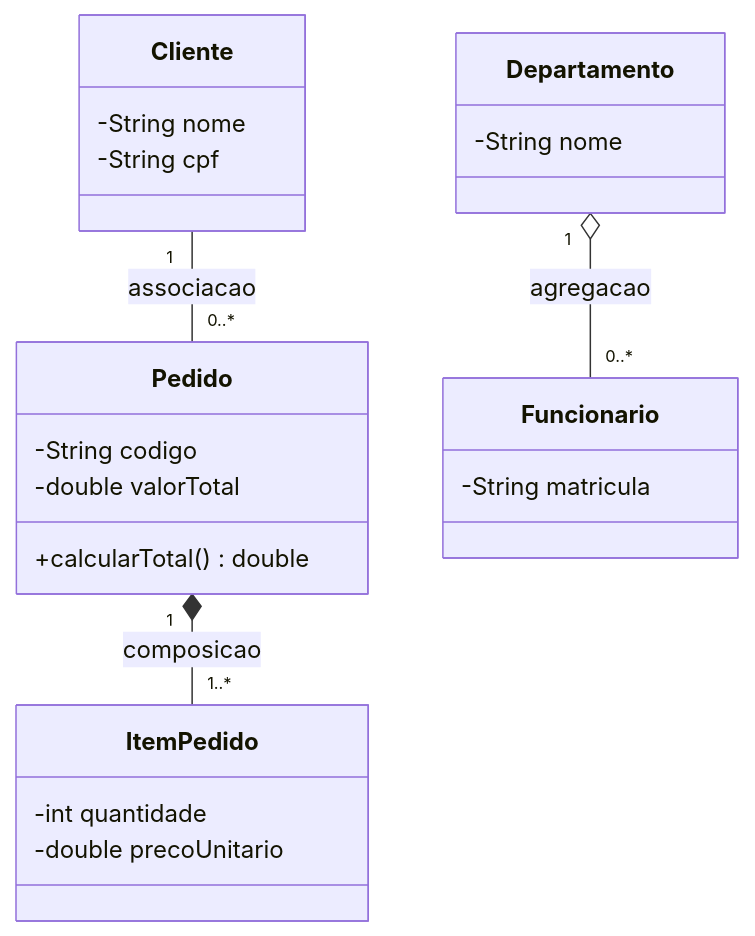
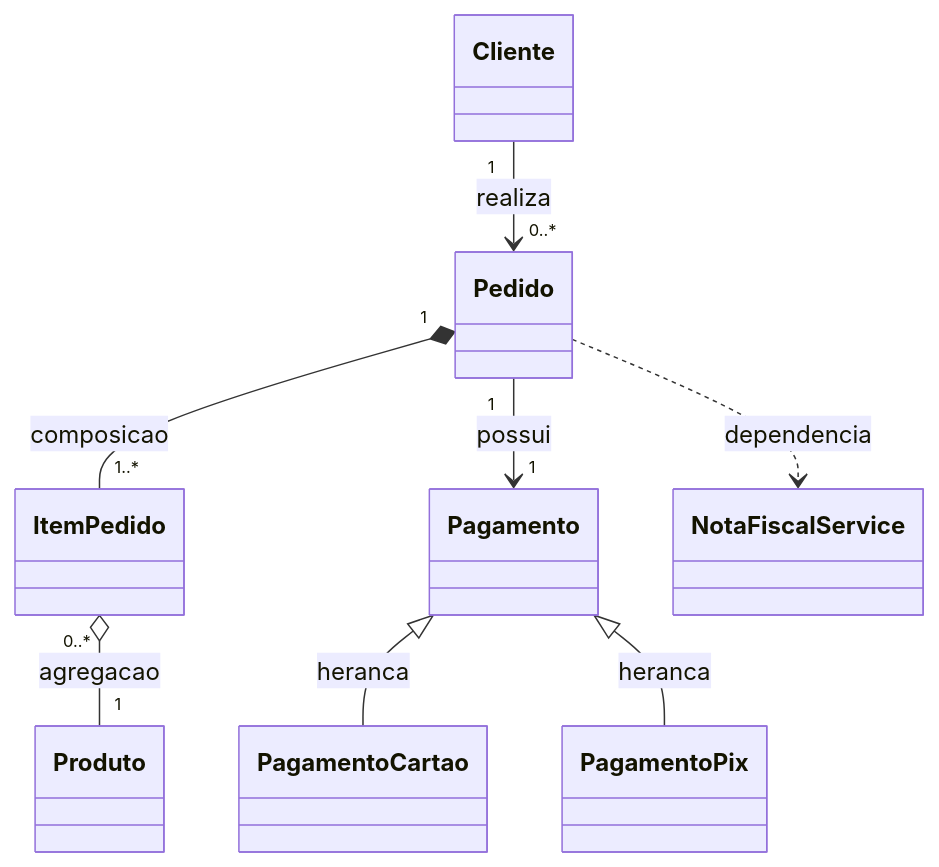
One commit to murilolol/unifef changed diagram 12 of 24 in 4º Semestre/[Prof. Wesley Soares] Engenharia de Software II/Resumos-IA/Simulados-Comentados.md. Above: the diagram before and after it, drawn with Mermaid. The commit also changed other lines of this file and 58 other files, not shown here.

````diff
--- a/4º Semestre/[Prof. Wesley Soares] Engenharia de Software II/Resumos-IA/Simulados-Comentados.md
+++ b/4º Semestre/[Prof. Wesley Soares] Engenharia de Software II/Resumos-IA/Simulados-Comentados.md
@@ -806,26 +465,19 @@
 ```mermaid
 classDiagram
-    class Pedido {
-        -String codigo
-        -double valorTotal
-        +calcularTotal() double
-    }
-    class ItemPedido {
-        -int quantidade
-        -double precoUnitario
-    }
-    class Cliente {
-        -String nome
-        -String cpf
-    }
-    class Departamento {
-        -String nome
-    }
-    class Funcionario {
-        -String matricula
-    }
+    class Pedido
+    class Cliente
+    class ItemPedido
+    class Produto
+    class Pagamento
+    class PagamentoCartao
+    class PagamentoPix
+    class NotaFiscalService
 
-    Cliente "1" -- "0..*" Pedido : associacao
+    Cliente "1" --> "0..*" Pedido : realiza
     Pedido "1" *-- "1..*" ItemPedido : composicao
-    Departamento "1" o-- "0..*" Funcionario : agregacao
+    ItemPedido "0..*" o-- "1" Produto : agregacao
+    Pedido "1" --> "1" Pagamento : possui
+    Pagamento <|-- PagamentoCartao : heranca
+    Pagamento <|-- PagamentoPix : heranca
+    Pedido ..> NotaFiscalService : dependencia
 ```
````
